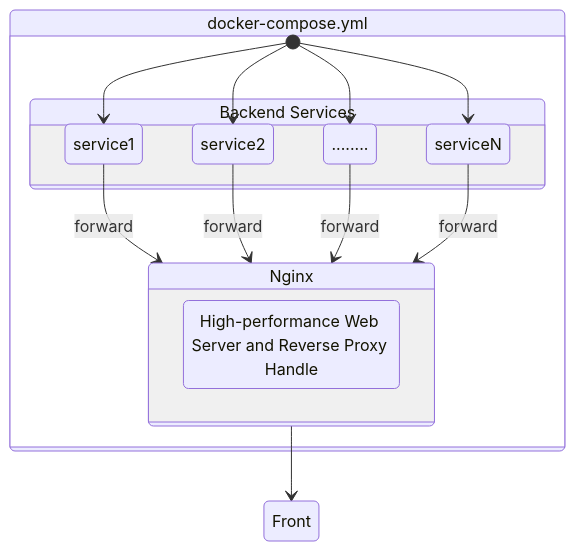
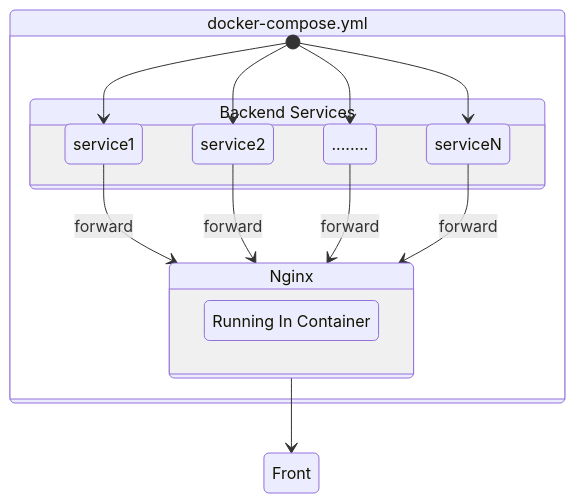
One commit to virtualguard101/wiki changed the first of 2 diagrams in docs/blog/posts/web.md. Above: the diagram before and after it, drawn with Mermaid. The commit also changed other lines of this file and 1 other file, not shown here.

Commit message:
blog: Update web

````diff
--- a/docs/blog/posts/web.md
+++ b/docs/blog/posts/web.md
@@ -35,25 +35,25 @@
 ```mermaid
 stateDiagram-v2
 
   A: docker-compose.yml
   state A {
     [*] --> service1
     [*] --> service2
     [*] --> ........
     [*] --> serviceN
 
     B: Backend Services
     state B {
       service1 --> Nginx: forward
       service2 --> Nginx: forward
       ........ --> Nginx: forward
       serviceN --> Nginx: forward
     }
 
     state Nginx {
-      Description: High-performance Web Server and Reverse Proxy Handle
+      Description: Running In Container
     }
   }
 
   Nginx --> Front
 ```
````
